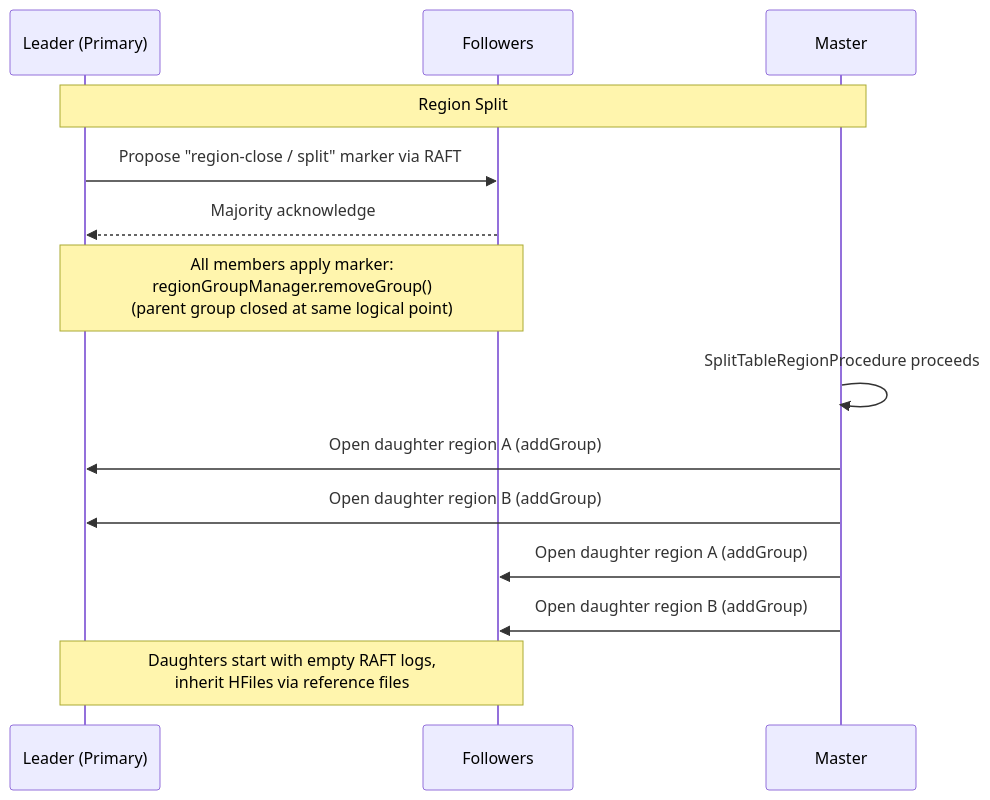
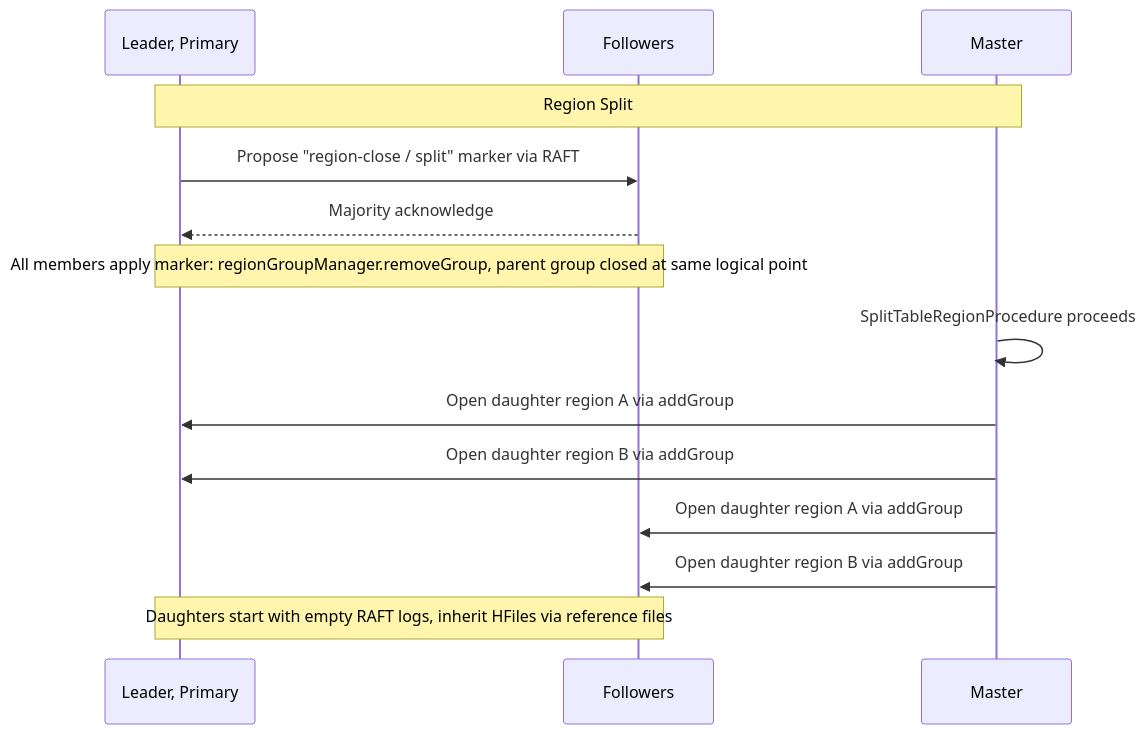
The ninth of 16 diagrams in RAFT_REGION_REPLICAS.md (apurtell/hbase), drawn with Mermaid before and after one commit. The commit also changed other lines of this file and 6 other files, not shown here.

Commit message:
TLA+ RaftRegionReplica: WIP (remove hibernation)

````diff
--- a/RAFT_REGION_REPLICAS.md
+++ b/RAFT_REGION_REPLICAS.md
@@ -706,22 +695,22 @@
 ```mermaid
 sequenceDiagram
-    participant L as Leader (Primary)
+    participant L as Leader, Primary
     participant F as Followers
     participant M as Master
 
     Note over L,M: Region Split
 
     L->>F: Propose "region-close / split" marker via RAFT
     F-->>L: Majority acknowledge
 
-    Note over L,F: All members apply marker:<br/>regionGroupManager.removeGroup()<br/>(parent group closed at same logical point)
+    Note over L,F: All members apply marker: regionGroupManager.removeGroup, parent group closed at same logical point
 
     M->>M: SplitTableRegionProcedure proceeds
 
-    M->>L: Open daughter region A (addGroup)
-    M->>L: Open daughter region B (addGroup)
-    M->>F: Open daughter region A (addGroup)
-    M->>F: Open daughter region B (addGroup)
+    M->>L: Open daughter region A via addGroup
+    M->>L: Open daughter region B via addGroup
+    M->>F: Open daughter region A via addGroup
+    M->>F: Open daughter region B via addGroup
 
-    Note over L,F: Daughters start with empty RAFT logs,<br/>inherit HFiles via reference files
+    Note over L,F: Daughters start with empty RAFT logs, inherit HFiles via reference files
 ```
````
